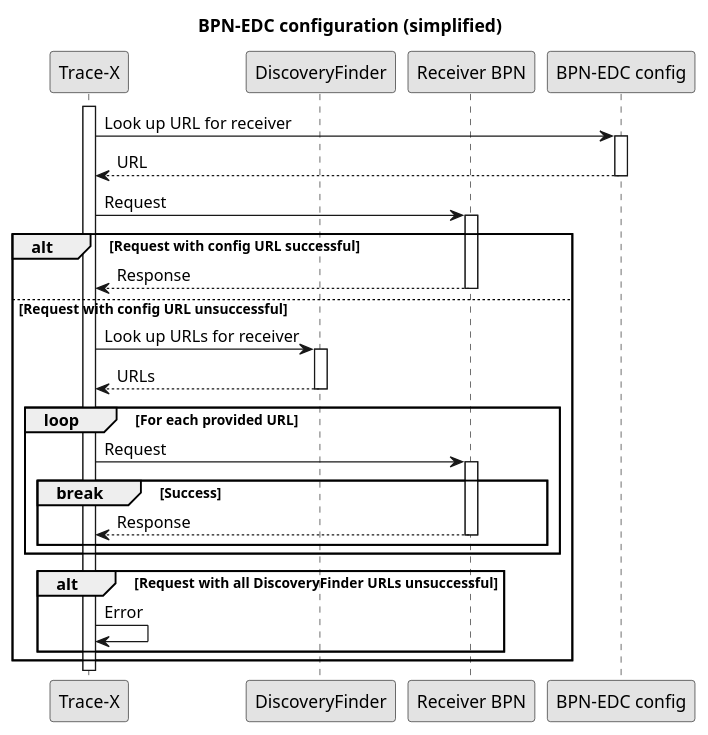
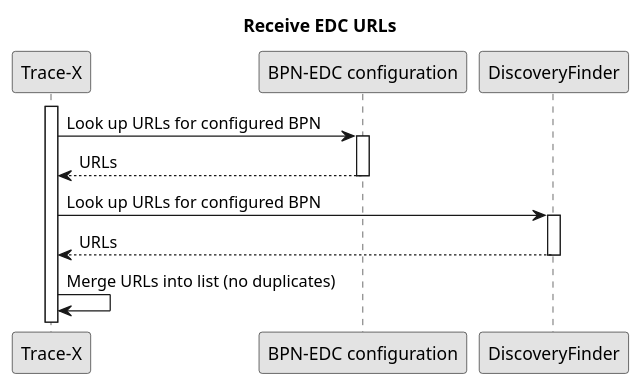
Before and after one commit to eclipse-tractusx/traceability-foss: the diagram in docs/src/uml-diagrams/user-manual/bpn-edc-configuration.puml, drawn with PlantUML. The commit also changed 1 other file, not shown here.

Commit message:
chore(documentation): #915 update BPN-EDC configuration in docu

```diff
--- a/docs/src/uml-diagrams/user-manual/bpn-edc-configuration.puml
+++ b/docs/src/uml-diagrams/user-manual/bpn-edc-configuration.puml
@@ -1,40 +1,22 @@
 @startuml
 skinparam monochrome true
 skinparam shadowing false
 skinparam defaultFontName "Architects daughter"
 
-title BPN-EDC configuration (simplified)
+title Receive EDC URLs
 participant "Trace-X" as TX
+participant "BPN-EDC configuration" as BEC
 participant "DiscoveryFinder" as DF
-participant "Receiver BPN" as R
-participant "BPN-EDC config" as BEC
 
 activate TX
-TX -> BEC: Look up URL for receiver
+TX -> BEC: Look up URLs for configured BPN
 activate BEC
-BEC --> TX: URL
+BEC --> TX: URLs
 deactivate BEC
-TX -> R: Request
-activate R
-alt Request with config URL successful
-R --> TX: Response
-deactivate R
-else Request with config URL unsuccessful
-TX -> DF: Look up URLs for receiver
+TX -> DF: Look up URLs for configured BPN
 activate DF
 DF --> TX: URLs
 deactivate DF
-loop For each provided URL
-TX -> R: Request
-activate R
-break Success
-R --> TX: Response
-deactivate R
-end
-end
-alt Request with all DiscoveryFinder URLs unsuccessful
-TX -> TX: Error
-end
-end
+TX -> TX: Merge URLs into list (no duplicates)
 
 @enduml
```
